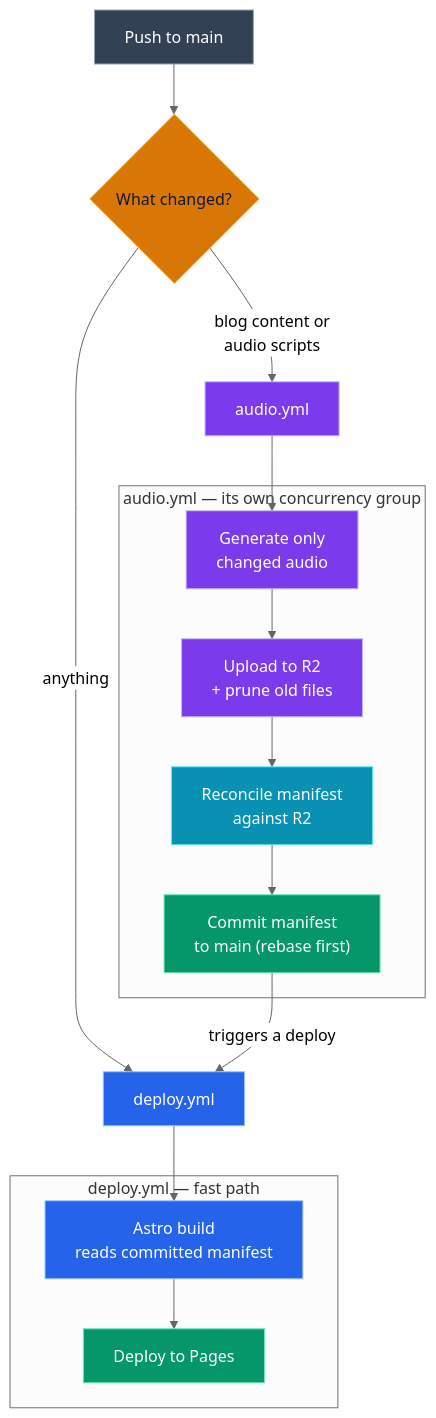
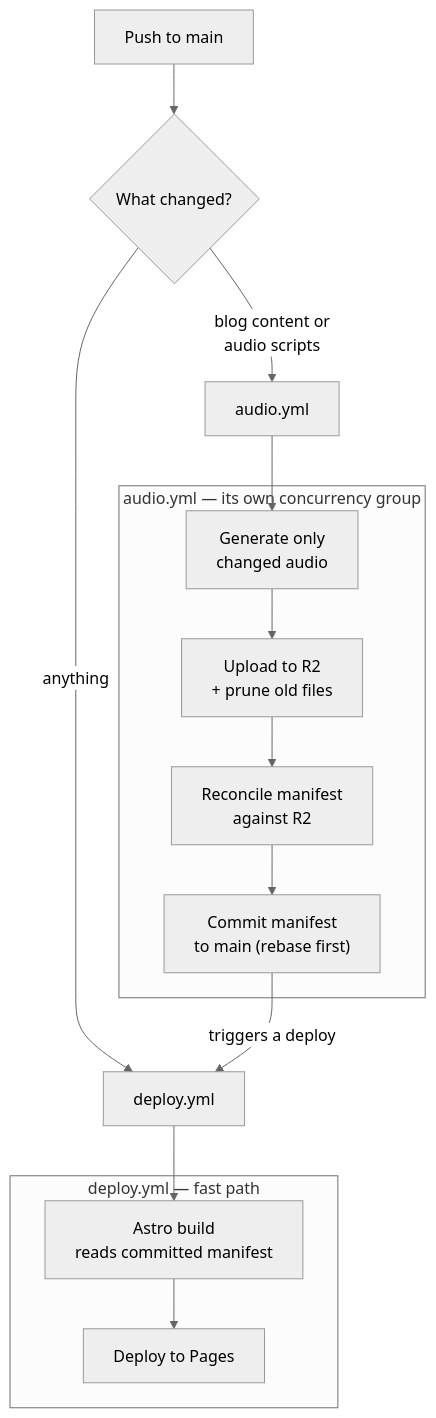
The sixth of 7 diagrams in src/content/blog/blog-audio-player.md (g-savitha/gsavitha.in), drawn with Mermaid (neutral theme) before and after one commit. The commit also changed other lines of this file and 6 other files, not shown here.

First line of the commit message:
Theme every Mermaid diagram from one shared palette

````diff
--- a/src/content/blog/blog-audio-player.md
+++ b/src/content/blog/blog-audio-player.md
@@ -386,30 +355,23 @@
 ```mermaid
 flowchart TD
     PUSH["Push to main"]:::content --> Q{"What changed?"}:::warning
     Q -->|"blog content or\naudio scripts"| AUDIO["audio.yml"]:::accent
     Q -->|"anything"| DEPLOY["deploy.yml"]:::primary
 
     subgraph AudioJob["audio.yml — its own concurrency group"]
         GEN["Generate only\nchanged audio"]:::accent
         UP["Upload to R2\n+ prune old files"]:::accent
         REC["Reconcile manifest\nagainst R2"]:::info
         COMMIT["Commit manifest\nto main (rebase first)"]:::success
     end
 
     AUDIO --> GEN --> UP --> REC --> COMMIT
     COMMIT -->|"triggers a deploy"| DEPLOY
 
     subgraph DeployJob["deploy.yml — fast path"]
         BUILD["Astro build\nreads committed manifest"]:::primary
         PAGES["Deploy to Pages"]:::success
     end
 
     DEPLOY --> BUILD --> PAGES
-
-    classDef primary fill:#2563eb,stroke:#93c5fd,color:#ffffff
-    classDef accent fill:#7c3aed,stroke:#c4b5fd,color:#ffffff
-    classDef success fill:#059669,stroke:#6ee7b7,color:#ffffff
-    classDef warning fill:#d97706,stroke:#fcd34d,color:#111827
-    classDef info fill:#0891b2,stroke:#67e8f9,color:#ffffff
-    classDef content fill:#334155,stroke:#94a3b8,color:#ffffff
 ```
````
